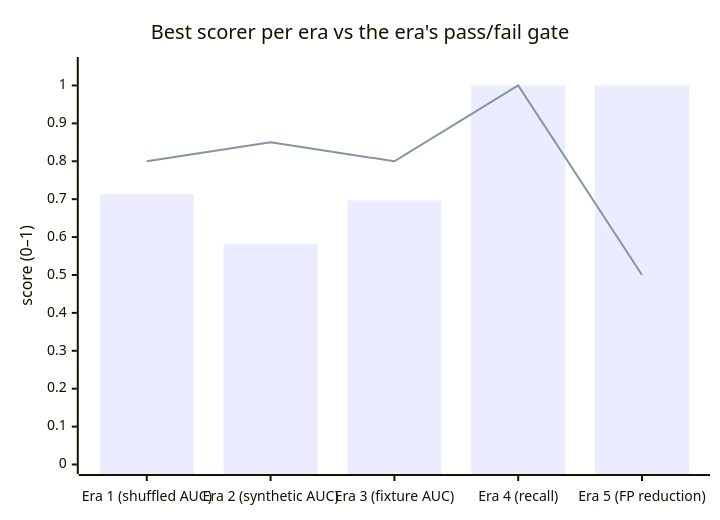
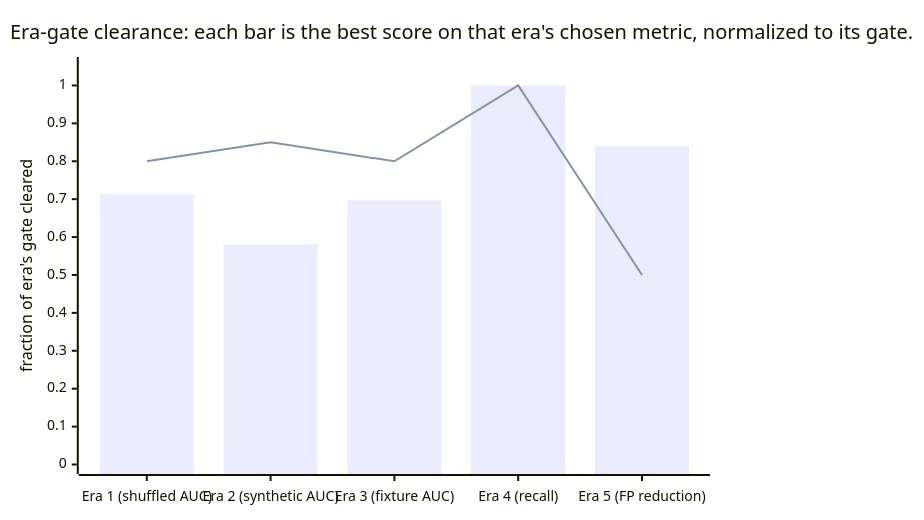
Before and after one commit to get-tmonier/argot: the second of 2 diagrams in docs/research/README.md, drawn with Mermaid. The commit also changed other lines of this file, not shown here.

Commit message:
docs(research): correct era-5 narrative to real v2 numbers

````diff
--- a/docs/research/README.md
+++ b/docs/research/README.md
@@ -53,8 +60,8 @@
 ```mermaid
 xychart-beta
-    title "Best scorer per era vs the era's pass/fail gate"
+    title "Era-gate clearance: each bar is the best score on that era's chosen metric, normalized to its gate."
     x-axis ["Era 1 (shuffled AUC)", "Era 2 (synthetic AUC)", "Era 3 (fixture AUC)", "Era 4 (recall)", "Era 5 (FP reduction)"]
-    y-axis "score (0–1)" 0 --> 1.05
-    bar [0.713, 0.581, 0.6968, 1.0, 1.00]
+    y-axis "fraction of era's gate cleared" 0 --> 1.05
+    bar [0.713, 0.581, 0.6968, 1.0, 0.84]
     line [0.80, 0.85, 0.80, 1.0, 0.50]
 ```
````
